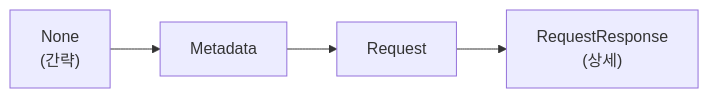
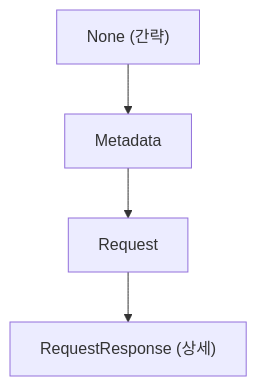
The third of 16 diagrams in _posts/2026-01-22-kubernetes-security-cks.md (K-Diger/k-diger.github.io), drawn with Mermaid before and after one commit. The commit also changed other lines of this file and 13 other files, not shown here.

````diff
--- a/_posts/2026-01-22-kubernetes-security-cks.md
+++ b/_posts/2026-01-22-kubernetes-security-cks.md
@@ -157,4 +157,9 @@
 ```mermaid
-flowchart LR
-    None["None<br>(간략)"] --> Metadata --> Request --> RequestResponse["RequestResponse<br>(상세)"]
+flowchart TB
+    None["None (간략)"]
+    Metadata["Metadata"]
+    Request["Request"]
+    RequestResponse["RequestResponse (상세)"]
+
+    None --> Metadata --> Request --> RequestResponse
 ```
````
